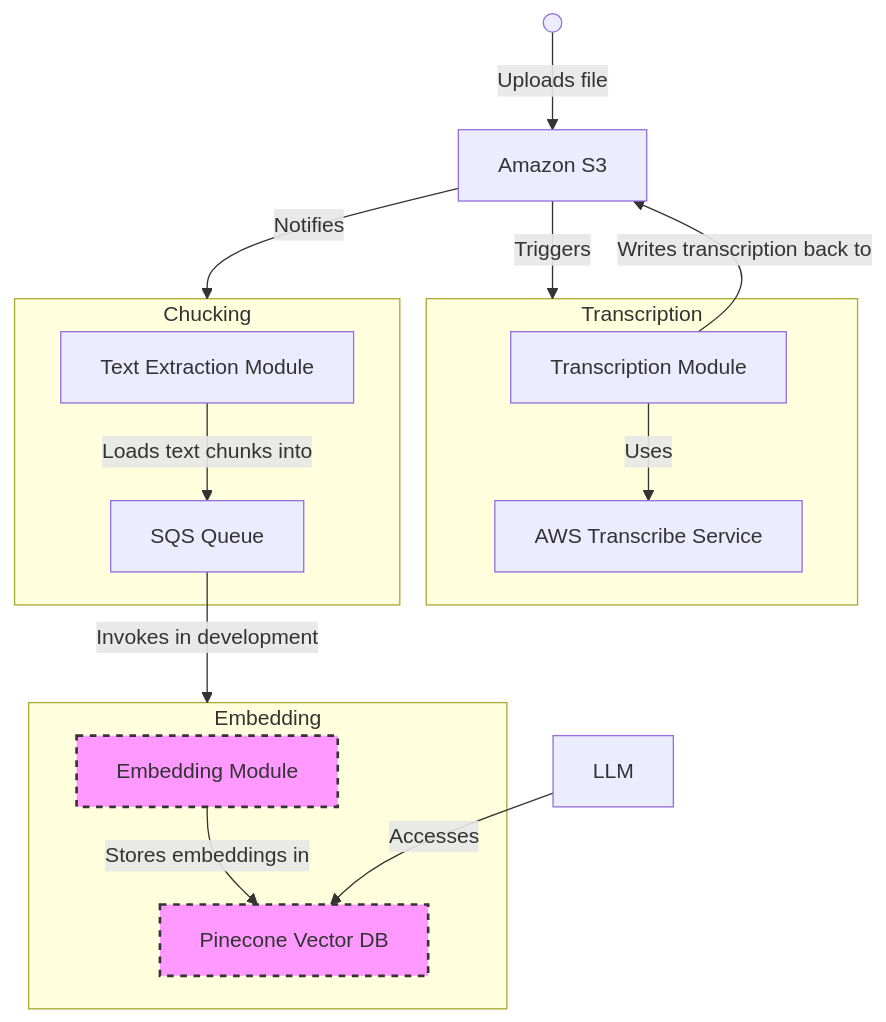
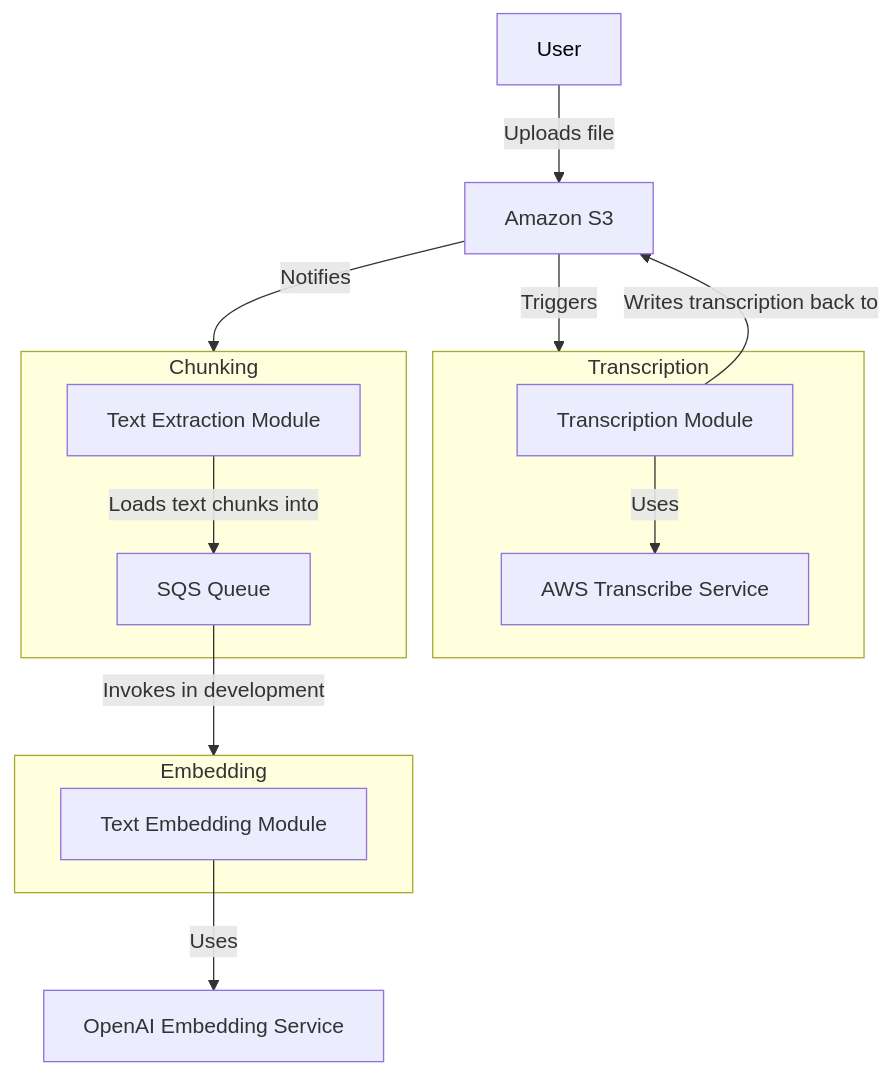
Before and after one commit to wesreisz/video-pipeline: the diagram in README.md, drawn with Mermaid. The commit also changed other lines of this file and 63 other files, not shown here.

First line of the commit message:
Embedding Module w/ secrets using Pinecone & OpenAI

````diff
--- a/README.md
+++ b/README.md
@@ -1,32 +1,28 @@
 ```mermaid
 flowchart TD
     A["User"] -- Uploads file --> B["Amazon S3"]
 
     B -- Triggers --> L1[Transcription]
     subgraph L1["Transcription"]
          D["Transcription Module"]
          E["AWS Transcribe Service"]
          D -- Uses --> E
     end
     D -- Writes transcription back to --> B
 
-    B -- Notifies --> L2[Chucking]
-    subgraph L2["Chucking"]
+    B -- Notifies --> L2[Chunking]
+    subgraph L2["Chunking"]
          J["Text Extraction Module"]
          J -- Loads text chunks into --> G["SQS Queue"]
     end
 
     G -- Invokes in development --> EM[Embedding]
     subgraph EM["Embedding"]
-         H["Embedding Module"]
-         I["Pinecone Vector DB"]
-         H -- Stores embeddings in --> I
+         H["Text Embedding Module"]
     end
 
-    LLM["LLM"] -- Accesses --> I
+    H -- Uses --> O["OpenAI Embedding Service"]
 
-    A@{ shape: sm-circ}
-    style H fill:#f9f,stroke:#333,stroke-width:2px,stroke-dasharray: 5 5
-    style I fill:#f9f,stroke:#333,stroke-width:2px,stroke-dasharray: 5 5
     style A color:#000000
+
 ```
````
